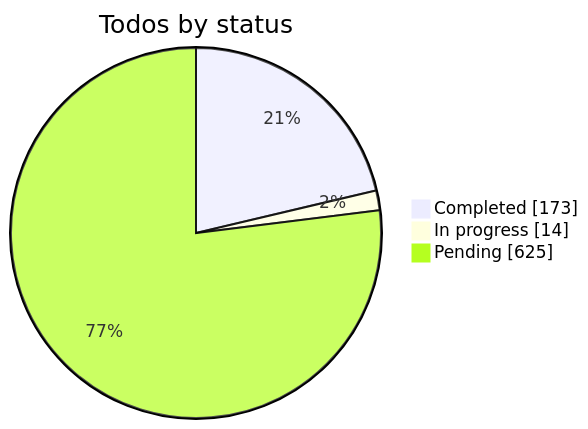
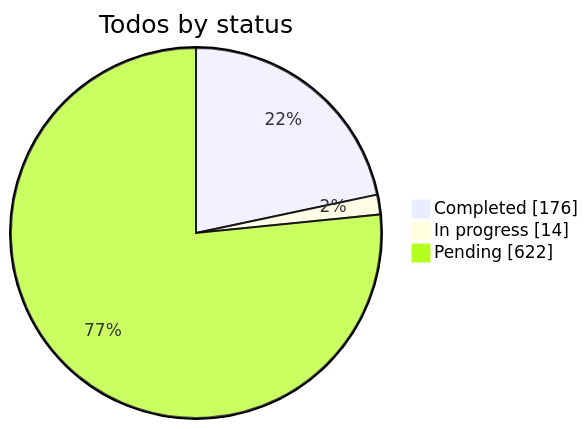
One commit to KantaPaul/next-cms changed the first of 6 diagrams in .cursor/plans/combined_cms_refs_f96163bc.plan.md. Above: the diagram before and after it, drawn with Mermaid. The commit also changed other lines of this file and 7 other files, not shown here.

````diff
--- a/.cursor/plans/combined_cms_refs_f96163bc.plan.md
+++ b/.cursor/plans/combined_cms_refs_f96163bc.plan.md
@@ -2463,6 +2463,6 @@
 ```mermaid
 pie showData title Todos by status
-  "Completed" : 173
+  "Completed" : 176
   "In progress" : 14
-  "Pending" : 625
+  "Pending" : 622
 ```
````
